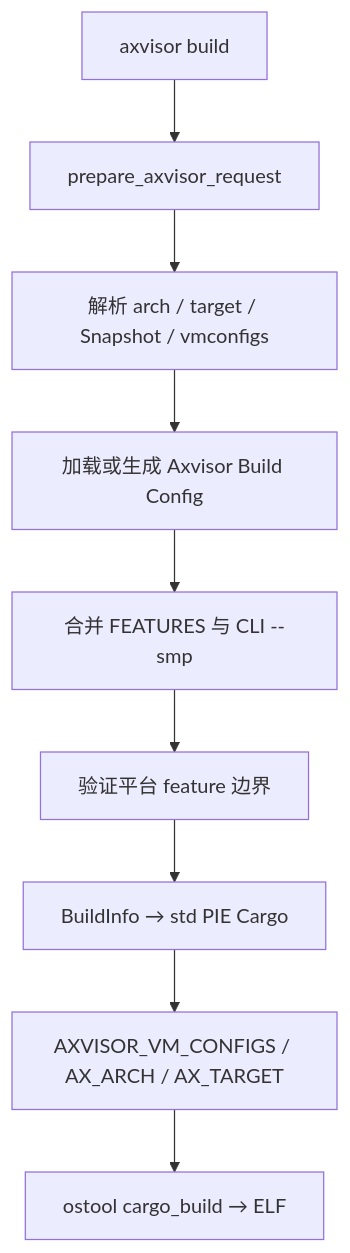
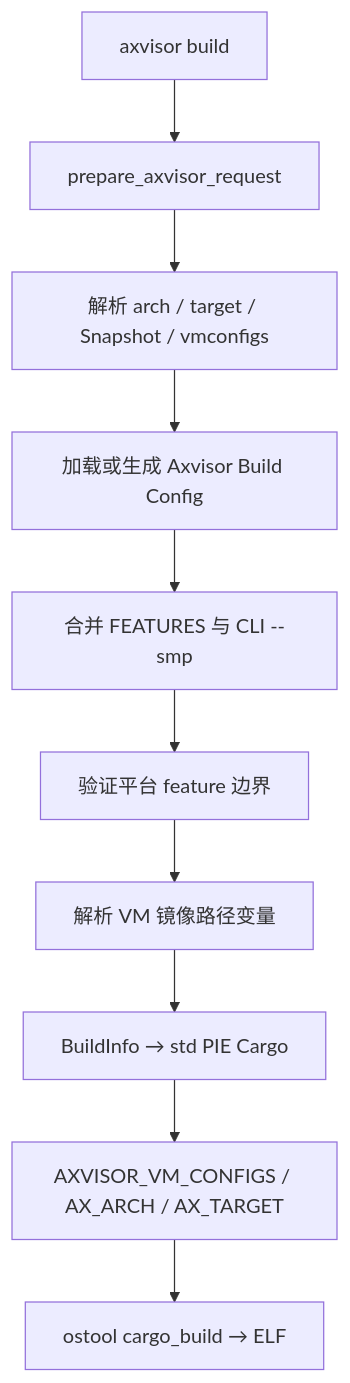
One commit to rcore-os/tgoskits changed the diagram in docs/docs/build/axvisor/build.md. Above: the diagram before and after it, drawn with Mermaid. The commit also changed other lines of this file and 36 other files, not shown here.

````diff
--- a/docs/docs/build/axvisor/build.md
+++ b/docs/docs/build/axvisor/build.md
@@ -14,11 +14,12 @@
 ```mermaid
 flowchart TD
     A["axvisor build"] --> B["prepare_axvisor_request"]
     B --> C["解析 arch / target / Snapshot / vmconfigs"]
     C --> D["加载或生成 Axvisor Build Config"]
     D --> E["合并 FEATURES 与 CLI --smp"]
     E --> F["验证平台 feature 边界"]
-    F --> G["BuildInfo → std PIE Cargo"]
-    G --> H["AXVISOR_VM_CONFIGS / AX_ARCH / AX_TARGET"]
-    H --> I["ostool cargo_build → ELF"]
+    F --> G["解析 VM 镜像路径变量"]
+    G --> H["BuildInfo → std PIE Cargo"]
+    H --> I["AXVISOR_VM_CONFIGS / AX_ARCH / AX_TARGET"]
+    I --> J["ostool cargo_build → ELF"]
 ```
````
